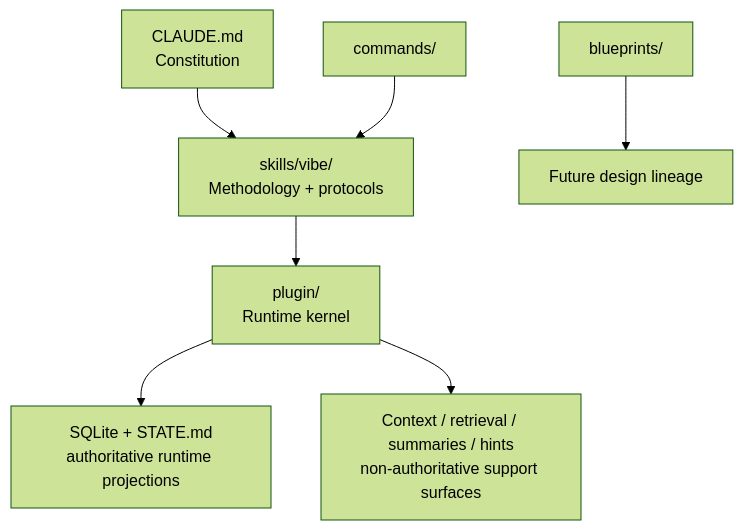
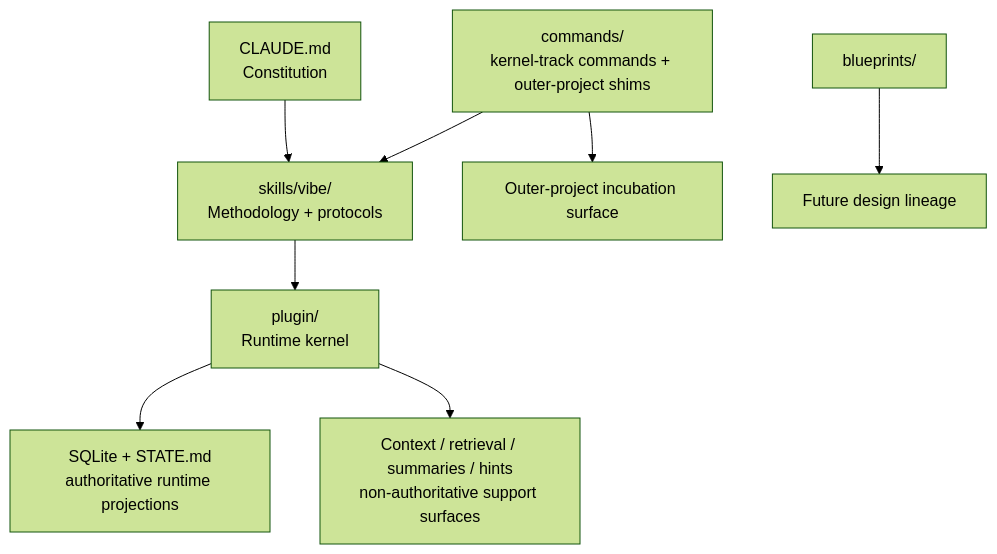
One commit to th3vib3coder/vibe-science changed the first of 2 diagrams in blueprints/CURRENT-VIBE-SCIENCE-SYSTEM-MAP.md. Above: the diagram before and after it, drawn with Mermaid (forest theme). The commit also changed other lines of this file and 53 other files, not shown here.

````diff
--- a/blueprints/CURRENT-VIBE-SCIENCE-SYSTEM-MAP.md
+++ b/blueprints/CURRENT-VIBE-SCIENCE-SYSTEM-MAP.md
@@ -36,9 +36,10 @@
 ```mermaid
 flowchart TD
     A["CLAUDE.md<br/>Constitution"] --> B["skills/vibe/<br/>Methodology + protocols"]
     B --> C["plugin/<br/>Runtime kernel"]
     C --> D["SQLite + STATE.md<br/>authoritative runtime projections"]
     C --> E["Context / retrieval / summaries / hints<br/>non-authoritative support surfaces"]
-    F["commands/"] --> B
-    G["blueprints/"] --> H["Future design lineage"]
+    F["commands/<br/>kernel-track commands + outer-project shims"] --> B
+    F --> G["Outer-project incubation surface"]
+    H["blueprints/"] --> I["Future design lineage"]
 ```
````
